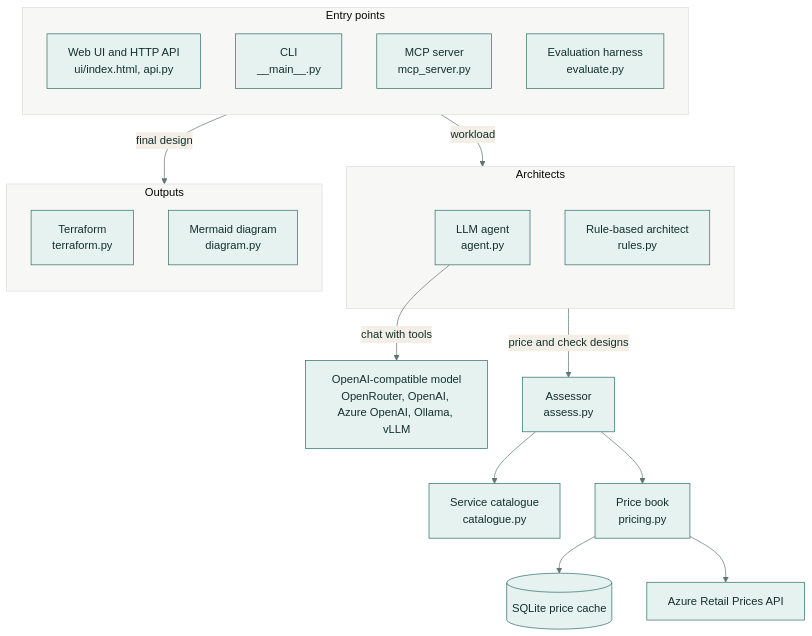
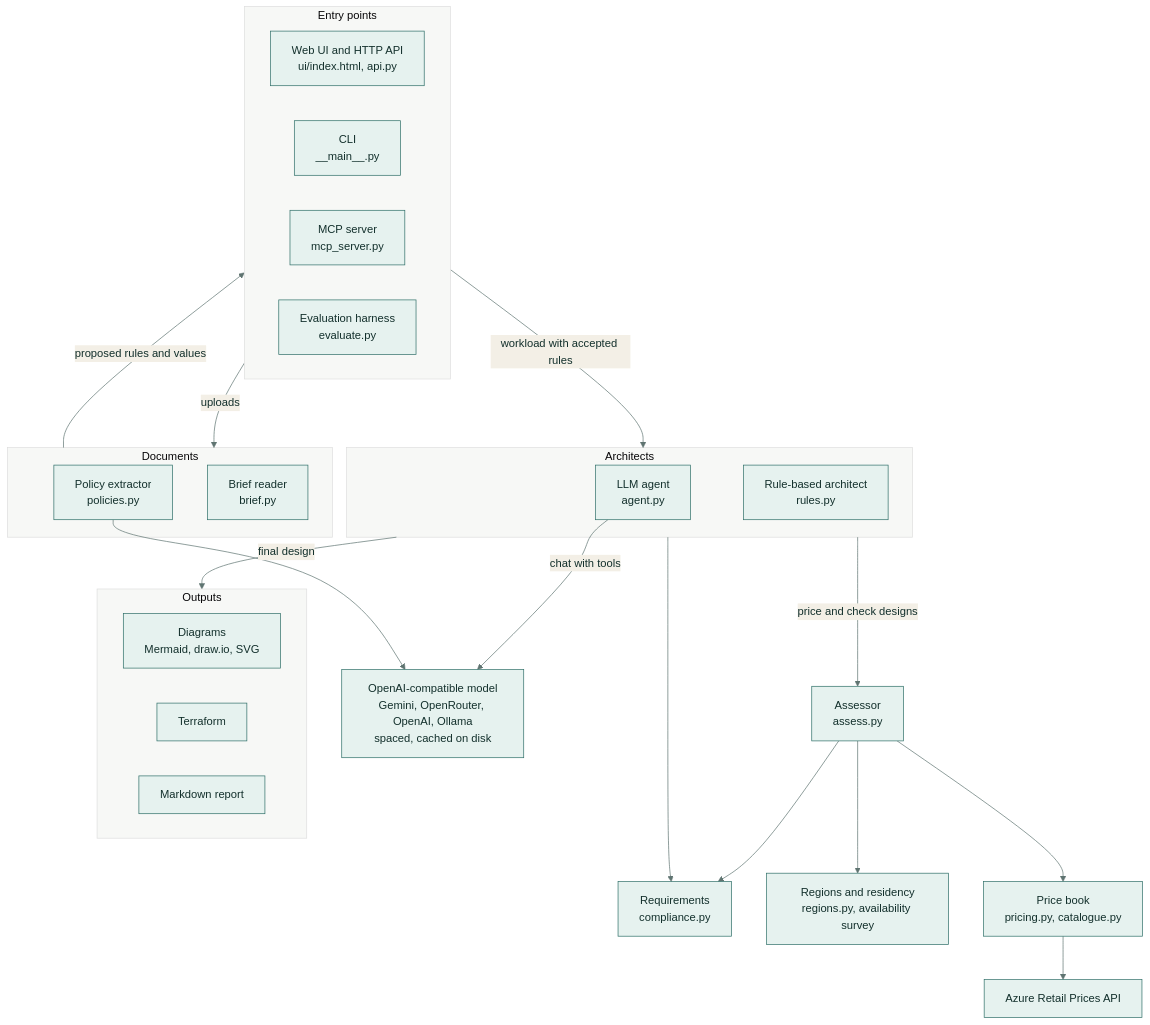
Before and after one commit to samiulhuda360/cloud-architect-agent: the first of 3 diagrams in README.md, drawn with Mermaid. The commit also changed other lines of this file and 16 other files, not shown here.

Commit message:
README and architecture reference, with screenshots and a demo GIF

````diff
--- a/README.md
+++ b/README.md
@@ -128,35 +117,41 @@
 ```mermaid
 %%{init: {"theme": "base", "themeVariables": {"primaryColor": "#e6f2ef", "primaryBorderColor": "#2f6f68", "primaryTextColor": "#13302c", "lineColor": "#5f7471", "secondaryColor": "#f3efe6", "tertiaryColor": "#f7f8f6"}}}%%
 flowchart TD
   subgraph IN["Entry points"]
-    direction TD
     UI["Web UI and HTTP API<br/>ui/index.html, api.py"]
     CLI["CLI<br/>__main__.py"]
     MCP["MCP server<br/>mcp_server.py"]
     EV["Evaluation harness<br/>evaluate.py"]
   end
+  subgraph DOCS["Documents"]
+    PX["Policy extractor<br/>policies.py"]
+    BX["Brief reader<br/>brief.py"]
+  end
   subgraph AR["Architects"]
     AG["LLM agent<br/>agent.py"]
     RB["Rule-based architect<br/>rules.py"]
   end
-  LLM["OpenAI-compatible model<br/>OpenRouter, OpenAI, Azure OpenAI, Ollama, vLLM"]
+  LLM["OpenAI-compatible model<br/>Gemini, OpenRouter, OpenAI, Ollama<br/>spaced, cached on disk"]
+  REQ["Requirements<br/>compliance.py"]
+  AS["Assessor<br/>assess.py"]
+  RG["Regions and residency<br/>regions.py, availability survey"]
+  PR["Price book<br/>pricing.py, catalogue.py"]
+  RP["Azure Retail Prices API"]
   subgraph OUT["Outputs"]
-    direction TD
-    TF["Terraform<br/>terraform.py"]
-    DG["Mermaid diagram<br/>diagram.py"]
+    DG["Diagrams<br/>Mermaid, draw.io, SVG"]
+    TF["Terraform"]
+    RE["Markdown report"]
   end
-  AS["Assessor<br/>assess.py"]
-  CAT["Service catalogue<br/>catalogue.py"]
-  PR["Price book<br/>pricing.py"]
-  DB[("SQLite price cache")]
-  RP["Azure Retail Prices API"]
 
-  IN -- "workload" --> AR
-  IN -- "final design" --> OUT
+  IN -- "uploads" --> DOCS
+  DOCS -- "proposed rules and values" --> IN
+  IN -- "workload with accepted rules" --> AR
   AG -- "chat with tools" --> LLM
+  PX --> LLM
+  AR --> REQ
   AR -- "price and check designs" --> AS
-  AS --> CAT
-  AS --> PR
-  PR --> DB
-  PR --> RP
+  AS --> REQ
+  AS --> RG
+  AS --> PR --> RP
+  AR -- "final design" --> OUT
 ```
````
